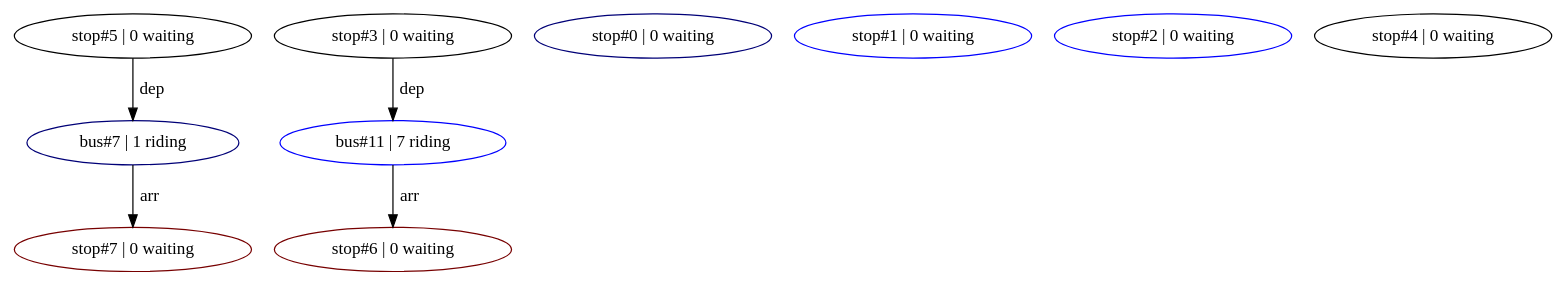
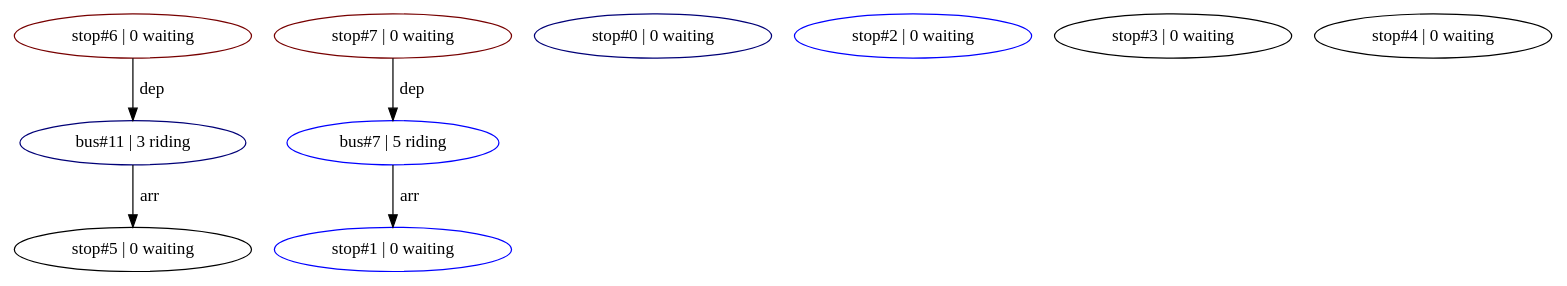
The diagram in bin/mts_digraph.dot (spmatthews03/MARTA), drawn with Graphviz before and after one commit. The commit also changed 2 other files, not shown here.

```diff
--- a/bin/mts_digraph.dot
+++ b/bin/mts_digraph.dot
@@ -1,19 +1,19 @@
 digraph G
 {
-  bus7 [ label="bus#7 | 1 riding", color="#000077"];
-  bus11 [ label="bus#11 | 7 riding", color="#0000FF"];
+  bus11 [ label="bus#11 | 3 riding", color="#000077"];
+  bus7 [ label="bus#7 | 5 riding", color="#0000FF"];
 
   stop0 [ label="stop#0 | 0 waiting", color="#000077"];
   stop1 [ label="stop#1 | 0 waiting", color="#0000FF"];
   stop2 [ label="stop#2 | 0 waiting", color="#0000FF"];
   stop3 [ label="stop#3 | 0 waiting", color="#000000"];
   stop4 [ label="stop#4 | 0 waiting", color="#000000"];
   stop5 [ label="stop#5 | 0 waiting", color="#000000"];
   stop6 [ label="stop#6 | 0 waiting", color="#770000"];
   stop7 [ label="stop#7 | 0 waiting", color="#770000"];
 
-  stop5 -> bus7 [ label=" dep" ];
-  bus7 -> stop7 [ label=" arr" ];
-  stop3 -> bus11 [ label=" dep" ];
-  bus11 -> stop6 [ label=" arr" ];
+  stop7 -> bus7 [ label=" dep" ];
+  bus7 -> stop1 [ label=" arr" ];
+  stop6 -> bus11 [ label=" dep" ];
+  bus11 -> stop5 [ label=" arr" ];
 }
```
